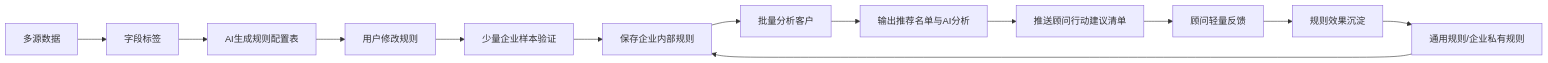
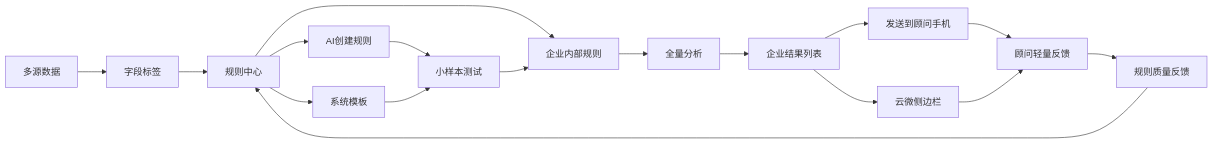
Before and after one commit to cat0141/AI-consultant: the first of 3 diagrams in docs/product-planning/ai-growth-os-leadership-report.md, drawn with Mermaid. The commit also changed other lines of this file, not shown here.

````diff
--- a/docs/product-planning/ai-growth-os-leadership-report.md
+++ b/docs/product-planning/ai-growth-os-leadership-report.md
@@ -25,15 +101,19 @@
 ```mermaid
 flowchart LR
     A[多源数据] --> B[字段标签]
-    B --> C[AI生成规则配置表]
-    C --> D[用户修改规则]
-    D --> E[少量企业样本验证]
-    E --> F[保存企业内部规则]
-    F --> G[批量分析客户]
-    G --> H[输出推荐名单与AI分析]
-    H --> I[推送顾问行动建议清单]
-    I --> J[顾问轻量反馈]
-    J --> K[规则效果沉淀]
-    K --> L[通用规则/企业私有规则]
-    L --> F
+    B --> C[规则中心]
+    C --> C1[AI创建规则]
+    C --> C2[系统模板]
+    C --> C3[企业内部规则]
+    C1 --> D[小样本测试]
+    C2 --> D
+    C3 --> E[全量分析]
+    D --> C3
+    E --> F[企业结果列表]
+    F --> G[发送到顾问手机]
+    F --> H[云微侧边栏]
+    G --> I[顾问轻量反馈]
+    H --> I
+    I --> J[规则质量反馈]
+    J --> C
 ```
````
